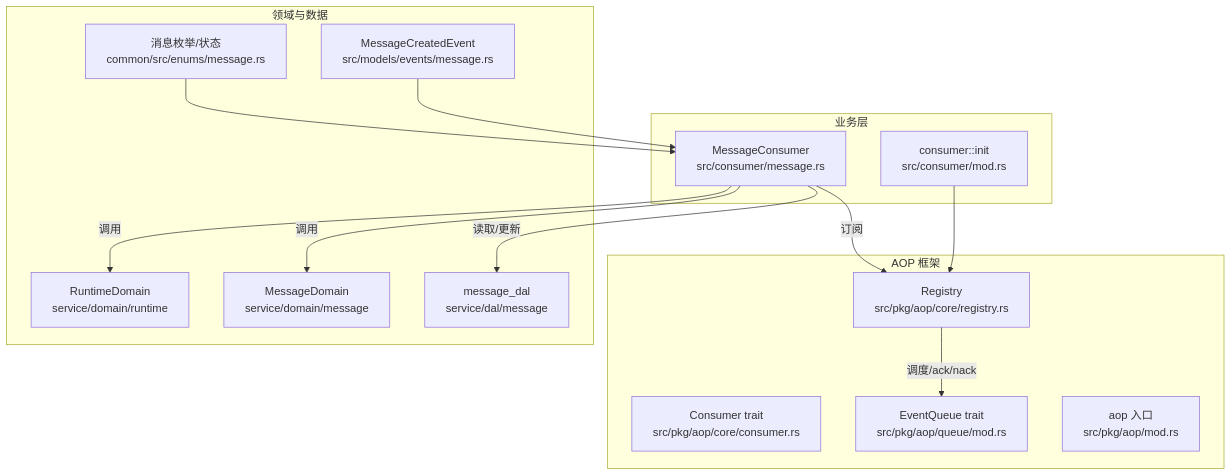
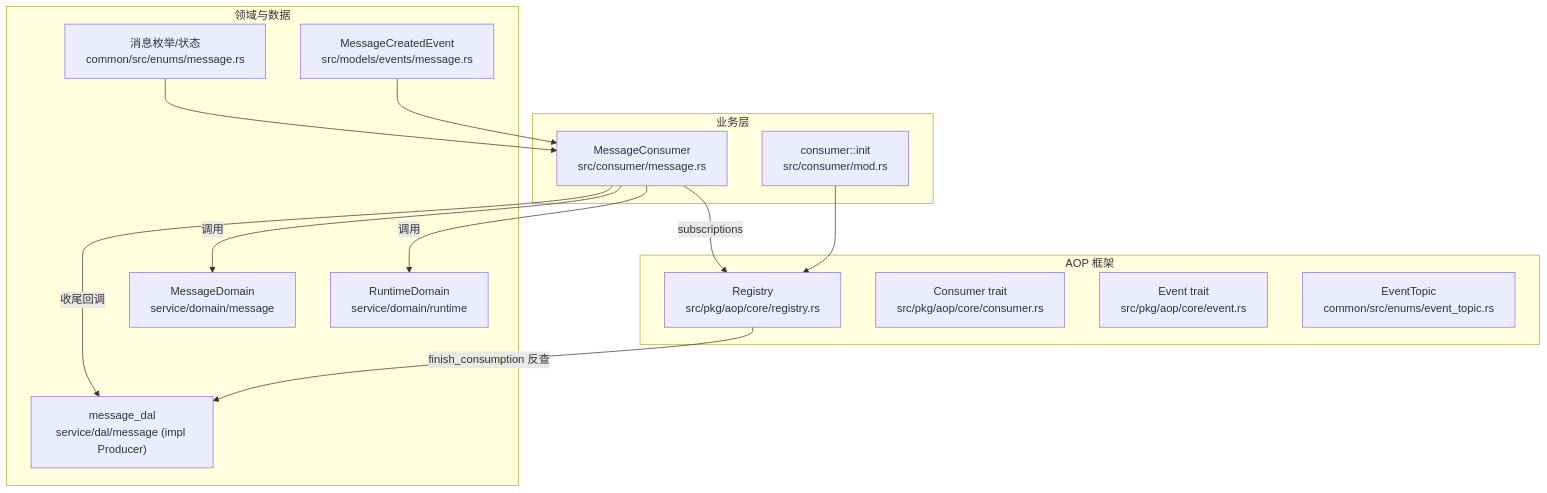
One commit to runningcoders/ai_orz changed the first of 4 diagrams in docs/wiki/zh/content/基础设施/AOP 事件系统/事件消费者/消息消费者.md. Above: the diagram before and after it, drawn with Mermaid. The commit also changed other lines of this file and 37 other files, not shown here.

````diff
--- a/docs/wiki/zh/content/基础设施/AOP 事件系统/事件消费者/消息消费者.md
+++ b/docs/wiki/zh/content/基础设施/AOP 事件系统/事件消费者/消息消费者.md
@@ -44,28 +54,28 @@
 ```mermaid
 graph TB
 subgraph "业务层"
 MC["MessageConsumer<br/>src/consumer/message.rs"]
 REG_INIT["consumer::init<br/>src/consumer/mod.rs"]
 end
 subgraph "AOP 框架"
 REGISTRY["Registry<br/>src/pkg/aop/core/registry.rs"]
 CONSUMER_IF["Consumer trait<br/>src/pkg/aop/core/consumer.rs"]
-QUEUE_IF["EventQueue trait<br/>src/pkg/aop/queue/mod.rs"]
-AOP_MOD["aop 入口<br/>src/pkg/aop/mod.rs"]
+EVENT_IF["Event trait<br/>src/pkg/aop/core/event.rs"]
+TOPIC["EventTopic<br/>common/src/enums/event_topic.rs"]
 end
 subgraph "领域与数据"
 DOMAIN_RT["RuntimeDomain<br/>service/domain/runtime"]
 DOMAIN_MSG["MessageDomain<br/>service/domain/message"]
-DAL_MSG["message_dal<br/>service/dal/message"]
+DAL_MSG["message_dal<br/>service/dal/message (impl Producer)"]
 ENUMS["消息枚举/状态<br/>common/src/enums/message.rs"]
 EVENT_MODEL["MessageCreatedEvent<br/>src/models/events/message.rs"]
 end
 REG_INIT --> REGISTRY
-MC --> |订阅| REGISTRY
+MC --> |subscriptions| REGISTRY
 MC --> |调用| DOMAIN_RT
 MC --> |调用| DOMAIN_MSG
-MC --> |读取/更新| DAL_MSG
-REGISTRY --> |调度/ack/nack| QUEUE_IF
+MC --> |收尾回调| DAL_MSG
+REGISTRY --> |finish_consumption 反查| DAL_MSG
 EVENT_MODEL --> MC
 ENUMS --> MC
 ```
````
